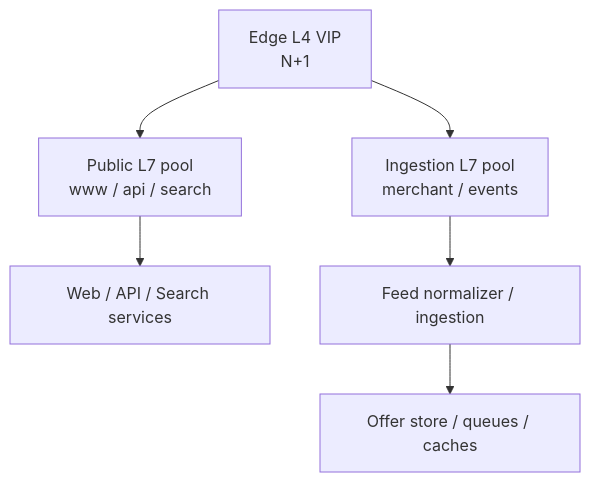
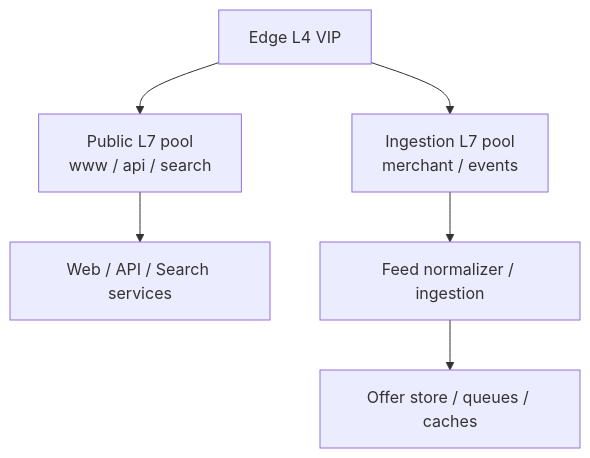
Before and after one commit to egorsharonov/HighLoad-System: the second of 4 diagrams in README.md, drawn with Mermaid. The commit also changed other lines of this file, not shown here.

````diff
--- a/README.md
+++ b/README.md
@@ -403,11 +510,11 @@
 ```mermaid
 flowchart TD
-    VIP[Edge L4 VIP<br/>N+1]
+    VIP[Edge L4 VIP]
 
     VIP --> PUB[Public L7 pool<br/>www / api / search]
     VIP --> ING[Ingestion L7 pool<br/>merchant / events]
 
     PUB --> APP[Web / API / Search services]
     ING --> NORM[Feed normalizer / ingestion]
     NORM --> STORE[Offer store / queues / caches]
 ```
````
